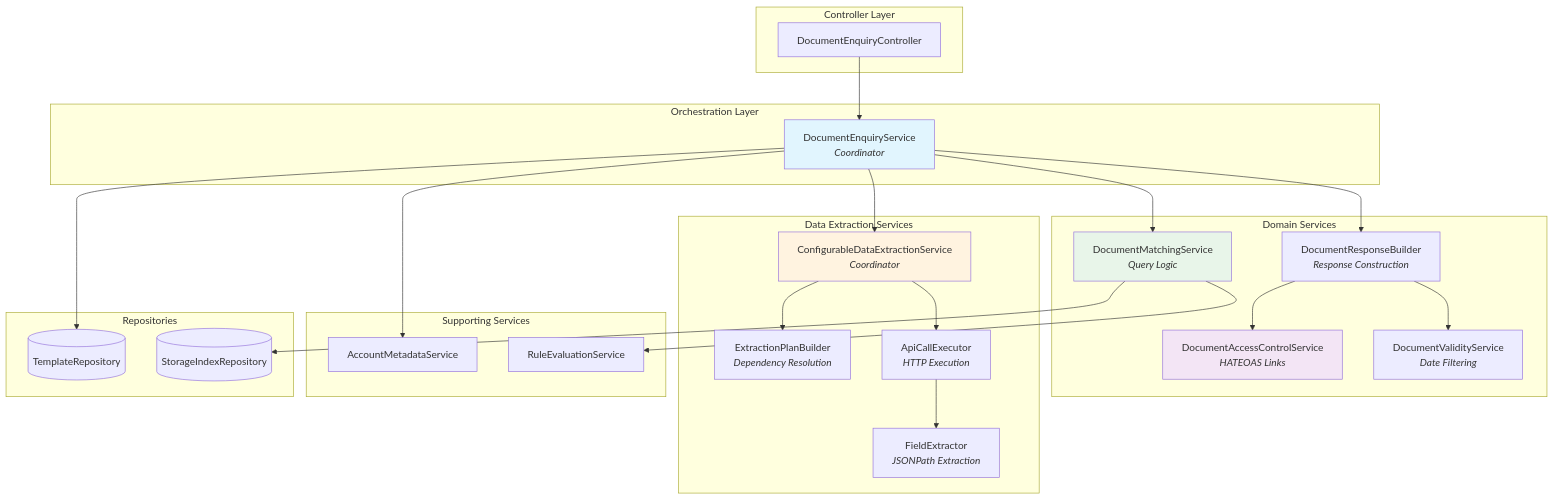
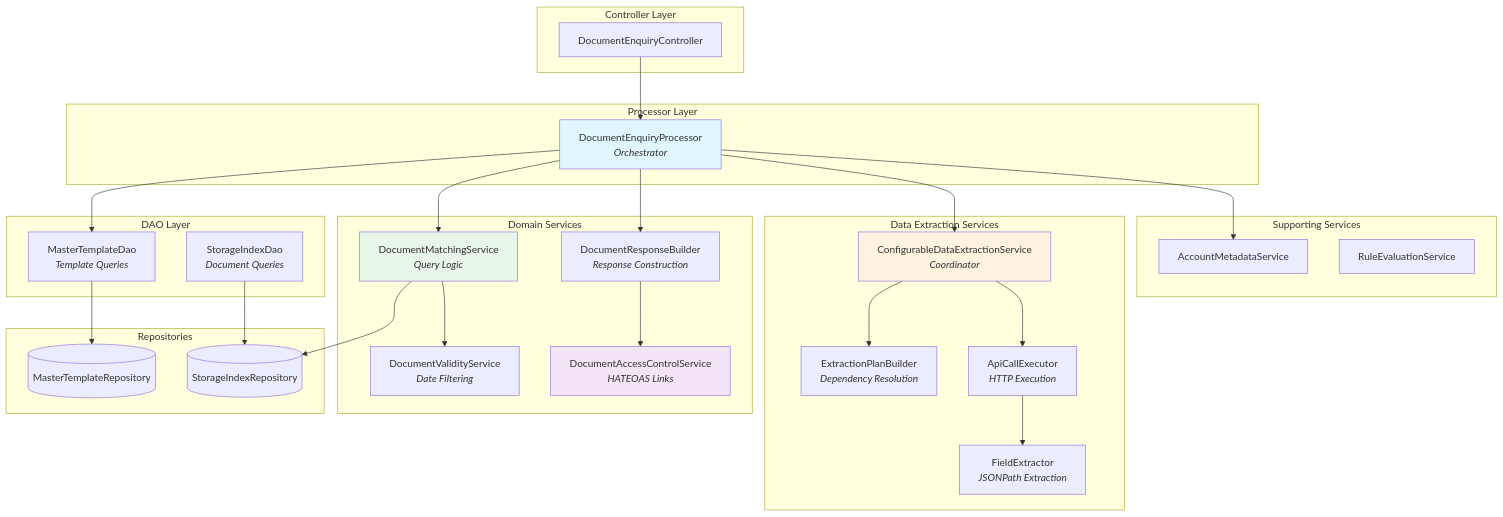
The first of 9 diagrams in fresh-doc-hub-poc/docs/architecture/document-enquiry-flow.md (ghmd86/document-hub), drawn with Mermaid before and after one commit. The commit also changed other lines of this file and 13 other files, not shown here.

First line of the commit message:
Add enterprise-level standards and update sequence diagrams

````diff
--- a/fresh-doc-hub-poc/docs/architecture/document-enquiry-flow.md
+++ b/fresh-doc-hub-poc/docs/architecture/document-enquiry-flow.md
@@ -22,57 +22,63 @@
 ```mermaid
 flowchart TB
     subgraph "Controller Layer"
         Controller[DocumentEnquiryController]
     end
 
-    subgraph "Orchestration Layer"
-        DocService[DocumentEnquiryService<br/><i>Coordinator</i>]
+    subgraph "Processor Layer"
+        Processor[DocumentEnquiryProcessor<br/><i>Orchestrator</i>]
+    end
+
+    subgraph "DAO Layer"
+        TemplateDao[MasterTemplateDao<br/><i>Template Queries</i>]
+        StorageDao[StorageIndexDao<br/><i>Document Queries</i>]
     end
 
     subgraph "Domain Services"
         MatchingSvc[DocumentMatchingService<br/><i>Query Logic</i>]
         ResponseBuilder[DocumentResponseBuilder<br/><i>Response Construction</i>]
         AccessControl[DocumentAccessControlService<br/><i>HATEOAS Links</i>]
         ValiditySvc[DocumentValidityService<br/><i>Date Filtering</i>]
     end
 
     subgraph "Data Extraction Services"
         ExtractSvc[ConfigurableDataExtractionService<br/><i>Coordinator</i>]
         PlanBuilder[ExtractionPlanBuilder<br/><i>Dependency Resolution</i>]
         ApiExecutor[ApiCallExecutor<br/><i>HTTP Execution</i>]
         FieldExtractor[FieldExtractor<br/><i>JSONPath Extraction</i>]
     end
 
     subgraph "Supporting Services"
         AccountSvc[AccountMetadataService]
         RuleSvc[RuleEvaluationService]
     end
 
     subgraph "Repositories"
-        TemplateRepo[(TemplateRepository)]
+        TemplateRepo[(MasterTemplateRepository)]
         StorageRepo[(StorageIndexRepository)]
     end
 
-    Controller --> DocService
-    DocService --> MatchingSvc
-    DocService --> ResponseBuilder
-    DocService --> ExtractSvc
-    DocService --> AccountSvc
+    Controller --> Processor
+    Processor --> TemplateDao
+    Processor --> MatchingSvc
+    Processor --> ResponseBuilder
+    Processor --> ExtractSvc
+    Processor --> AccountSvc
+
+    TemplateDao --> TemplateRepo
+    StorageDao --> StorageRepo
 
     MatchingSvc --> StorageRepo
-    MatchingSvc --> RuleSvc
+    MatchingSvc --> ValiditySvc
 
     ResponseBuilder --> AccessControl
-    ResponseBuilder --> ValiditySvc
 
     ExtractSvc --> PlanBuilder
     ExtractSvc --> ApiExecutor
     ApiExecutor --> FieldExtractor
 
-    DocService --> TemplateRepo
-
-    style DocService fill:#e1f5fe
+    style Processor fill:#e1f5fe
     style ExtractSvc fill:#fff3e0
     style AccessControl fill:#f3e5f5
     style MatchingSvc fill:#e8f5e9
 ```
````
